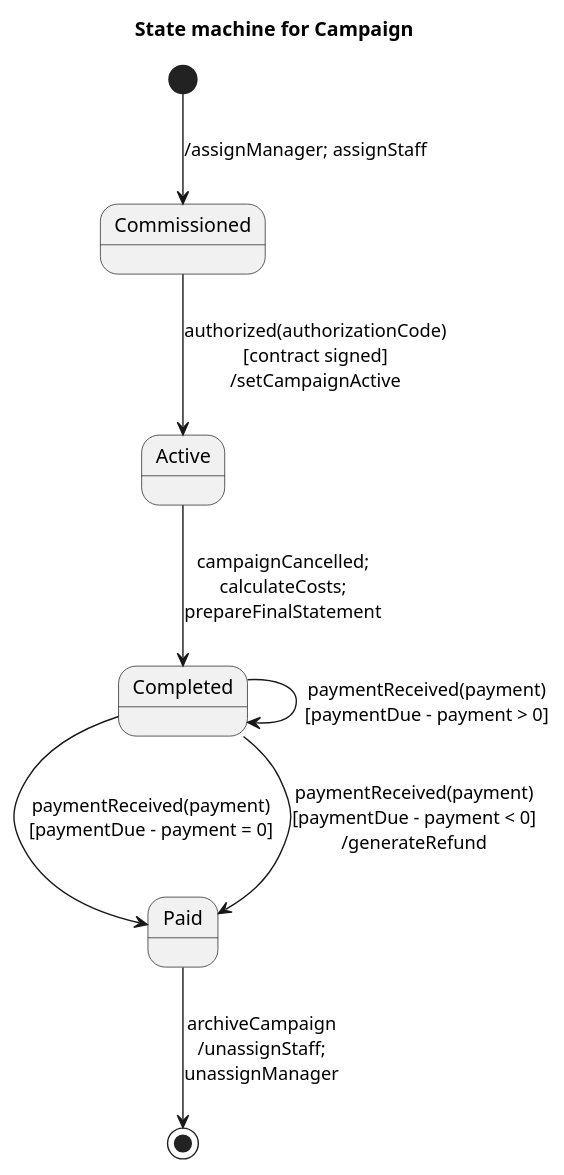
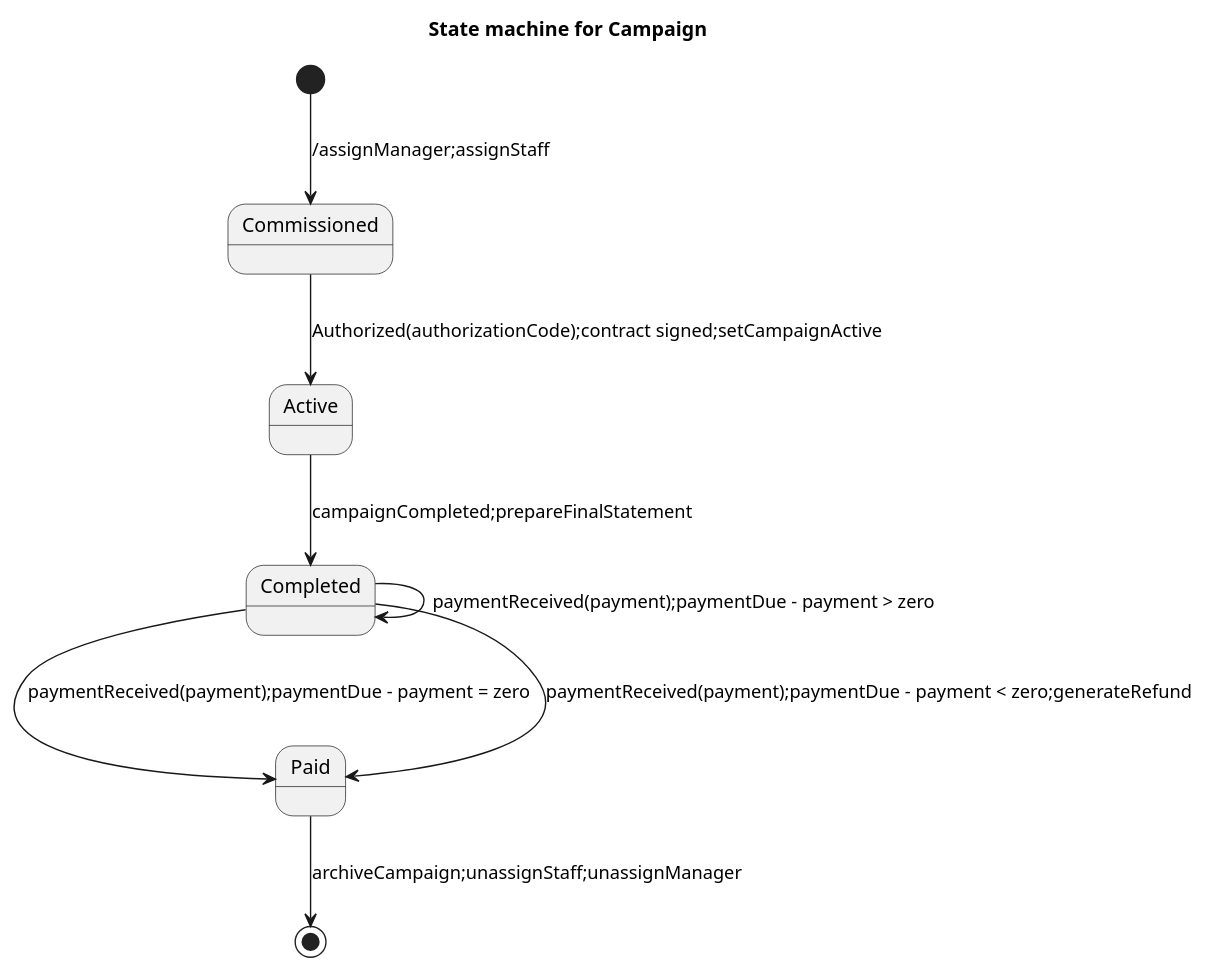
Before and after one commit to maimunafaria/State_transition_Diagram_generated_by_LLM: the diagram in results/plantuml_pipeline/runs/open_source__llama31_8b_instruct__rag_validation_generator_critic_repair/case_78_class_campaign_version_2/run_01.repair_01.puml, drawn with PlantUML. The commit also changed 210 other files, not shown here.

```diff
--- a/results/plantuml_pipeline/runs/open_source__llama31_8b_instruct__rag_validation_generator_critic_repair/case_78_class_campaign_version_2/run_01.repair_01.puml
+++ b/results/plantuml_pipeline/runs/open_source__llama31_8b_instruct__rag_validation_generator_critic_repair/case_78_class_campaign_version_2/run_01.repair_01.puml
@@ -1,21 +1,21 @@
 @startuml
 title State machine for Campaign
 
 state Commissioned
 state Active
 state Completed
 state Paid
 
-[*] --> Commissioned : /assignManager; assignStaff
+[*] --> Commissioned : /assignManager;assignStaff
 
-Commissioned --> Active : authorized(authorizationCode)\n[contract signed]\n/setCampaignActive
+Commissioned --> Active : Authorized(authorizationCode);contract signed;setCampaignActive
 
-Active --> Completed : campaignCancelled;\ncalculateCosts;\nprepareFinalStatement
+Active --> Completed : campaignCompleted;prepareFinalStatement
 
-Completed --> Paid : paymentReceived(payment)\n[paymentDue - payment = 0]
-Completed --> Completed : paymentReceived(payment)\n[paymentDue - payment > 0]
-Completed --> Paid : paymentReceived(payment)\n[paymentDue - payment < 0]\n/generateRefund
+Completed --> Paid : paymentReceived(payment);paymentDue - payment = zero
+Completed --> Completed : paymentReceived(payment);paymentDue - payment > zero
+Completed --> Paid : paymentReceived(payment);paymentDue - payment < zero;generateRefund
 
-Paid --> [*] : archiveCampaign\n/unassignStaff;\nunassignManager
+Paid --> [*] : archiveCampaign;unassignStaff;unassignManager
 
 @enduml
```
